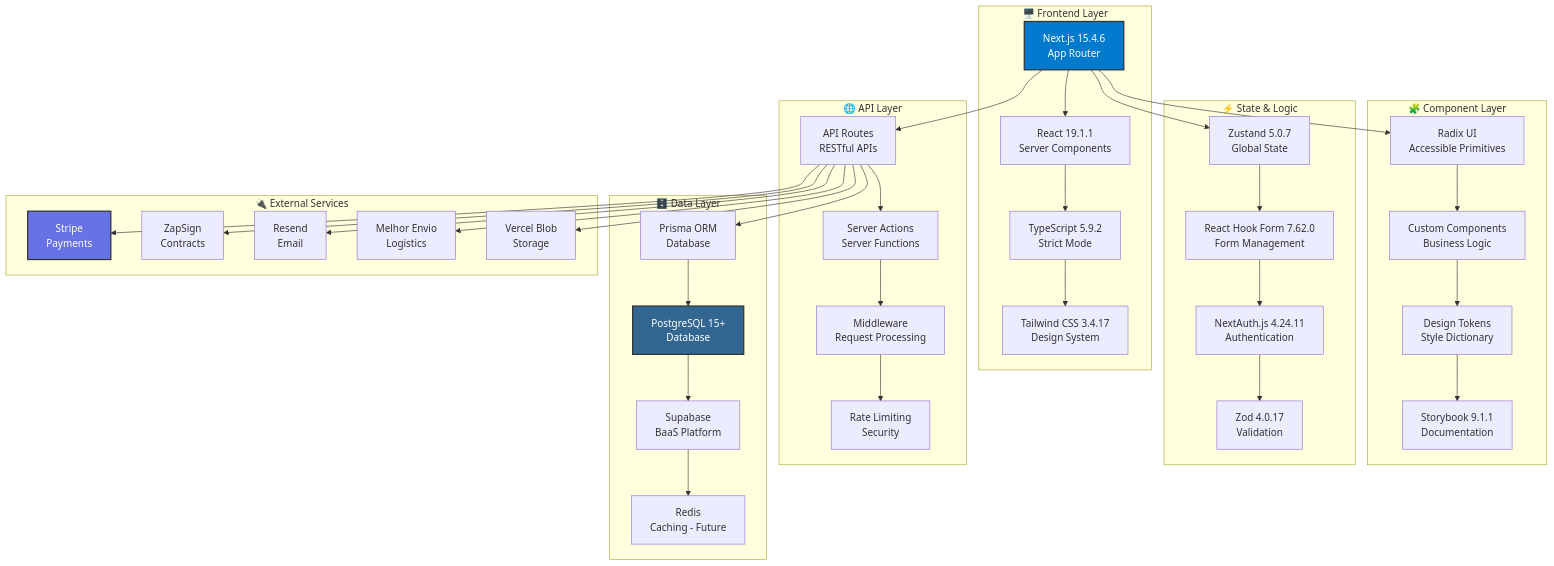
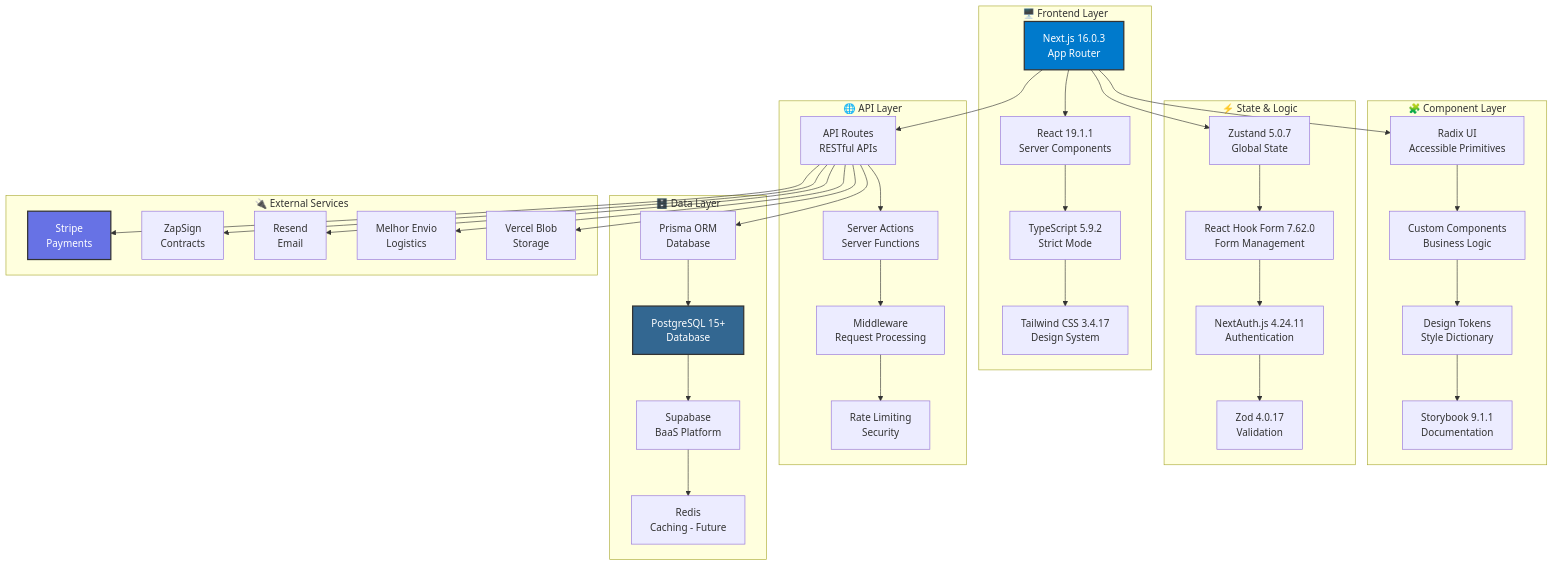
One commit to Schlorke/GB-Locacoes changed the first of 3 diagrams in docs/architecture/overview.md. Above: the diagram before and after it, drawn with Mermaid. The commit also changed other lines of this file and 74 other files, not shown here.

````diff
--- a/docs/architecture/overview.md
+++ b/docs/architecture/overview.md
@@ -38,74 +38,74 @@
 ```mermaid
 graph TB
     subgraph "🖥️ Frontend Layer"
-        A[Next.js 15.4.6<br/>App Router]
+        A[Next.js 16.0.3<br/>App Router]
         B[React 19.1.1<br/>Server Components]
         C[TypeScript 5.9.2<br/>Strict Mode]
         D[Tailwind CSS 3.4.17<br/>Design System]
     end
 
     subgraph "🧩 Component Layer"
         E[Radix UI<br/>Accessible Primitives]
         F[Custom Components<br/>Business Logic]
         G[Design Tokens<br/>Style Dictionary]
         H[Storybook 9.1.1<br/>Documentation]
     end
 
     subgraph "⚡ State & Logic"
         I[Zustand 5.0.7<br/>Global State]
         J[React Hook Form 7.62.0<br/>Form Management]
         K[NextAuth.js 4.24.11<br/>Authentication]
         L[Zod 4.0.17<br/>Validation]
     end
 
     subgraph "🌐 API Layer"
         M[API Routes<br/>RESTful APIs]
         N[Server Actions<br/>Server Functions]
         O[Middleware<br/>Request Processing]
         P[Rate Limiting<br/>Security]
     end
 
     subgraph "🗄️ Data Layer"
         Q[Prisma ORM<br/>Database]
         R[PostgreSQL 15+<br/>Database]
         S[Supabase<br/>BaaS Platform]
         T[Redis<br/>Caching - Future]
     end
 
     subgraph "🔌 External Services"
         U[Stripe<br/>Payments]
         V[ZapSign<br/>Contracts]
         W[Resend<br/>Email]
         X[Melhor Envio<br/>Logistics]
         Y[Vercel Blob<br/>Storage]
     end
 
     A --> B
     B --> C
     C --> D
     A --> E
     E --> F
     F --> G
     G --> H
     A --> I
     I --> J
     J --> K
     K --> L
     A --> M
     M --> N
     N --> O
     O --> P
     M --> Q
     Q --> R
     R --> S
     S --> T
     M --> U
     M --> V
     M --> W
     M --> X
     M --> Y
 
     style A fill:#007acc,stroke:#333,stroke-width:2px,color:#fff
     style R fill:#336791,stroke:#333,stroke-width:2px,color:#fff
     style U fill:#6772e5,stroke:#333,stroke-width:2px,color:#fff
 ```
````
